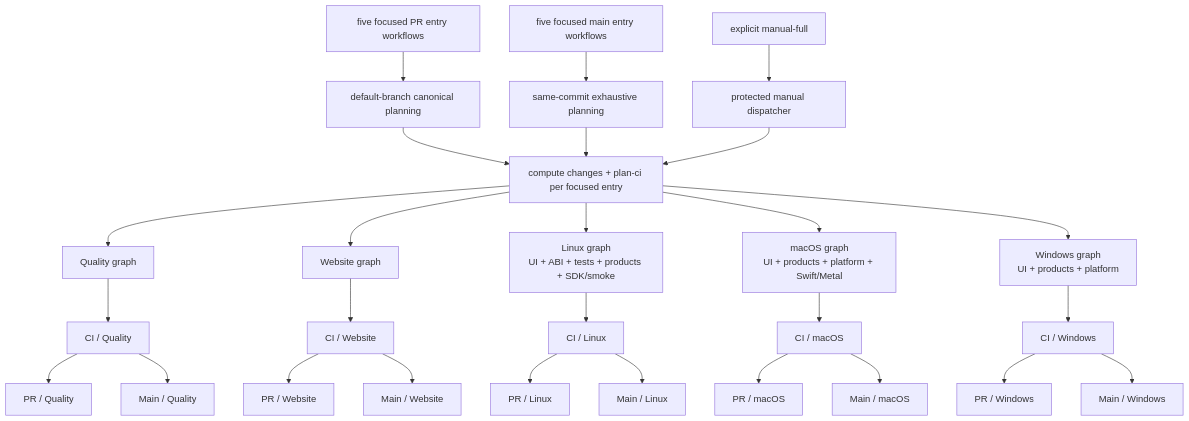
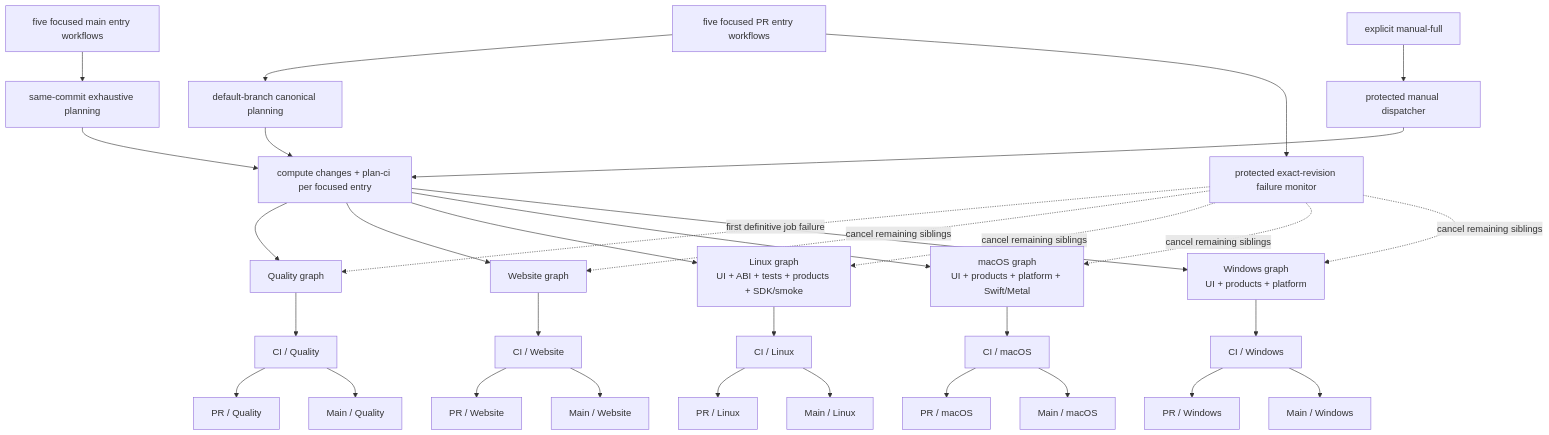
One commit to Mesh-LLM/mesh-llm changed the second of 2 diagrams in ci/ci.md. Above: the diagram before and after it, drawn with Mermaid. The commit also changed other lines of this file and 8 other files, not shown here.

Commit message:
ci: cancel sibling PR lanes after failure

````diff
--- a/ci/ci.md
+++ b/ci/ci.md
@@ -132,29 +134,35 @@
 ```mermaid
 flowchart TD
     PR["five focused PR entry workflows"] --> PRPLAN["default-branch canonical planning"]
     MAIN["five focused main entry workflows"] --> MAINPLAN["same-commit exhaustive planning"]
     MANUAL["explicit manual-full"] --> CONTROL["protected manual dispatcher"]
     PRPLAN --> PLAN["compute changes + plan-ci per focused entry"]
+    PR --> MONITOR["protected exact-revision failure monitor"]
     MAINPLAN --> PLAN
     CONTROL --> PLAN
     PLAN --> QUALITY["Quality graph"]
     PLAN --> WEB["Website graph"]
     PLAN --> LINUX["Linux graph\nUI + ABI + tests + products + SDK/smoke"]
     PLAN --> MAC["macOS graph\nUI + products + platform + Swift/Metal"]
     PLAN --> WIN["Windows graph\nUI + products + platform"]
     QUALITY --> QC["CI / Quality"]
     WEB --> WC["CI / Website"]
     LINUX --> LC["CI / Linux"]
     MAC --> MC["CI / macOS"]
     WIN --> XC["CI / Windows"]
     QC --> GATE["PR / Quality"]
     WC --> WEBGATE["PR / Website"]
     LC --> LINUXGATE["PR / Linux"]
     MC --> MACGATE["PR / macOS"]
     XC --> WINGATE["PR / Windows"]
+    MONITOR -. "first definitive job failure" .-> QUALITY
+    MONITOR -. "cancel remaining siblings" .-> WEB
+    MONITOR -. "cancel remaining siblings" .-> LINUX
+    MONITOR -. "cancel remaining siblings" .-> MAC
+    MONITOR -. "cancel remaining siblings" .-> WIN
     QC --> MQ["Main / Quality"]
     WC --> MW["Main / Website"]
     LC --> ML["Main / Linux"]
     MC --> MM["Main / macOS"]
     XC --> MX["Main / Windows"]
 ```
````
